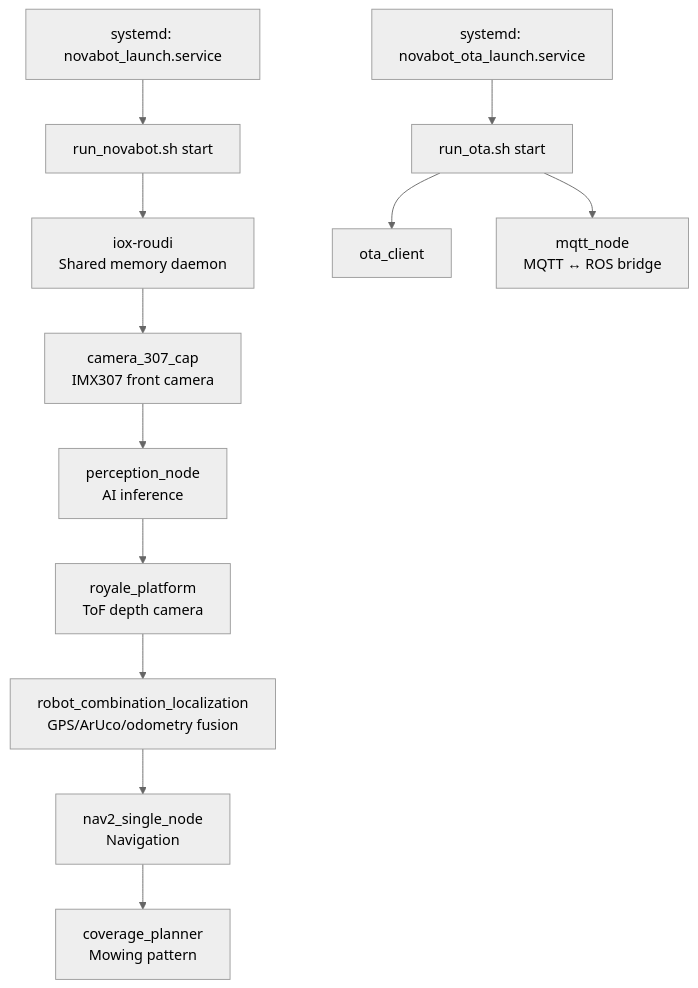
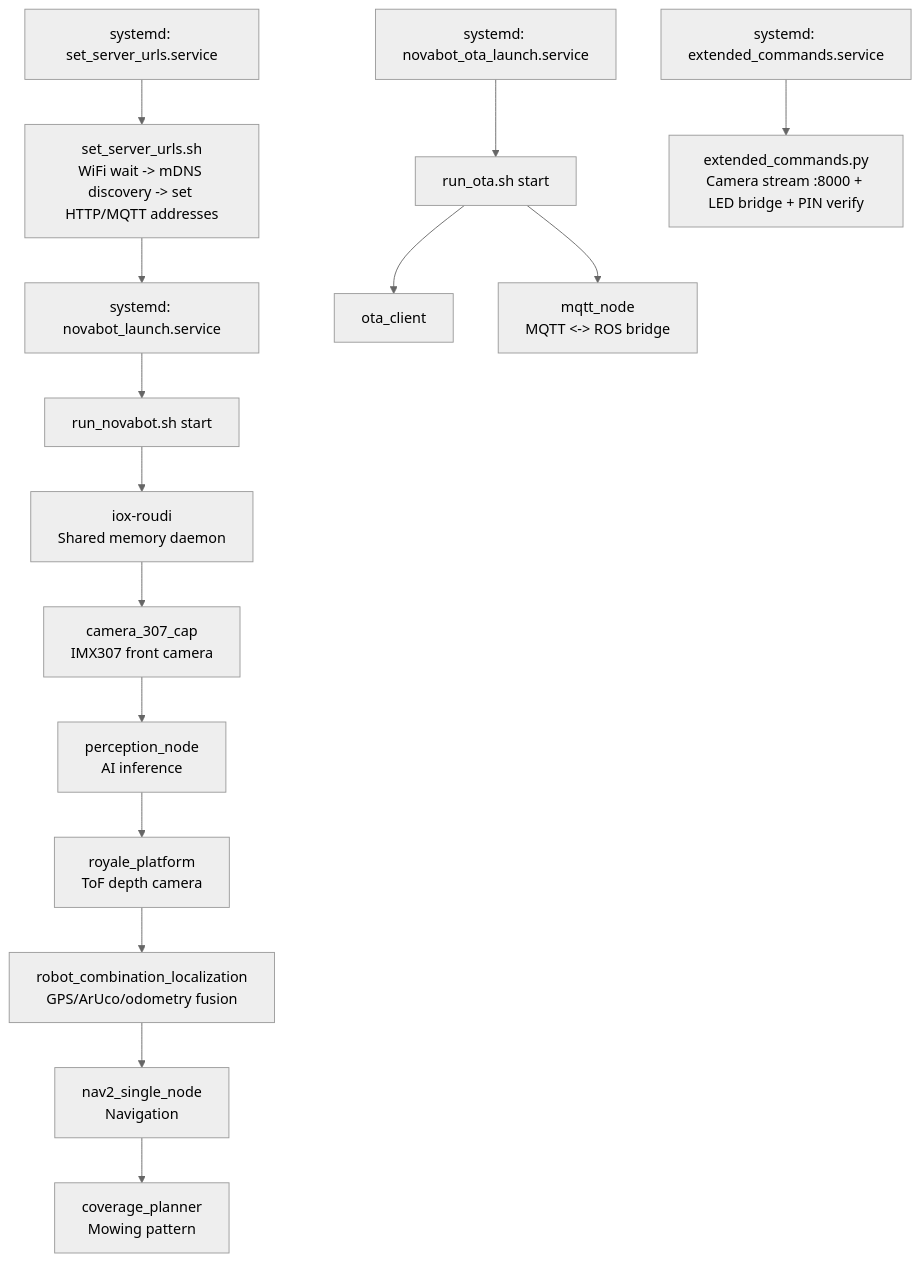
Before and after one commit to rvbcrs/Novabot: the diagram in docs-public/firmware/mower.md, drawn with Mermaid (neutral theme). The commit also changed other lines of this file and 72 other files, not shown here.

````diff
--- a/docs-public/firmware/mower.md
+++ b/docs-public/firmware/mower.md
@@ -17,14 +17,19 @@
 ```mermaid
 graph TB
+    A0[systemd: set_server_urls.service] --> A0a[set_server_urls.sh<br/>WiFi wait -> mDNS discovery -> set HTTP/MQTT addresses]
+    A0a --> A
+
     A[systemd: novabot_launch.service] --> B[run_novabot.sh start]
     B --> C[iox-roudi<br/>Shared memory daemon]
     C --> D[camera_307_cap<br/>IMX307 front camera]
     D --> E[perception_node<br/>AI inference]
     E --> F[royale_platform<br/>ToF depth camera]
     F --> G[robot_combination_localization<br/>GPS/ArUco/odometry fusion]
     G --> H[nav2_single_node<br/>Navigation]
     H --> I[coverage_planner<br/>Mowing pattern]
 
     A2[systemd: novabot_ota_launch.service] --> B2[run_ota.sh start]
-    B2 --> C2[ota_client] & D2[mqtt_node<br/>MQTT ↔ ROS bridge]
+    B2 --> C2[ota_client] & D2[mqtt_node<br/>MQTT <-> ROS bridge]
+
+    A3[systemd: extended_commands.service] --> B3[extended_commands.py<br/>Camera stream :8000 + LED bridge + PIN verify]
 ```
````
